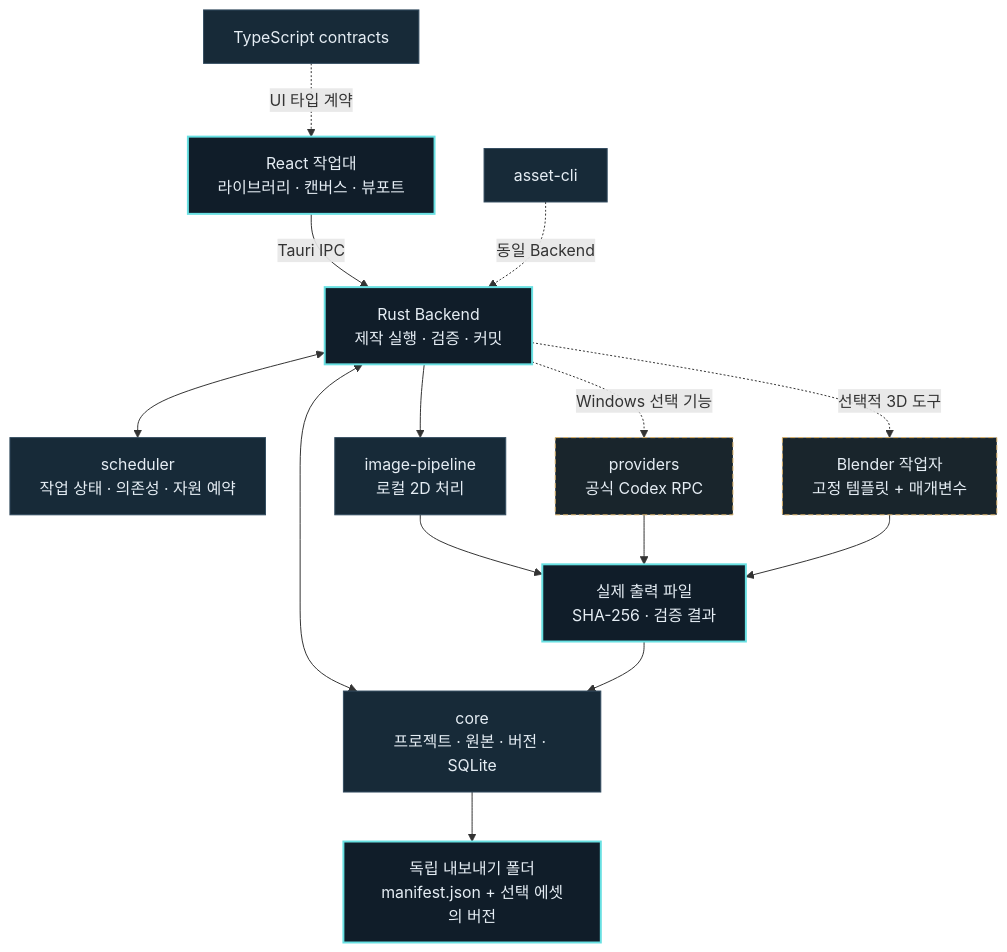
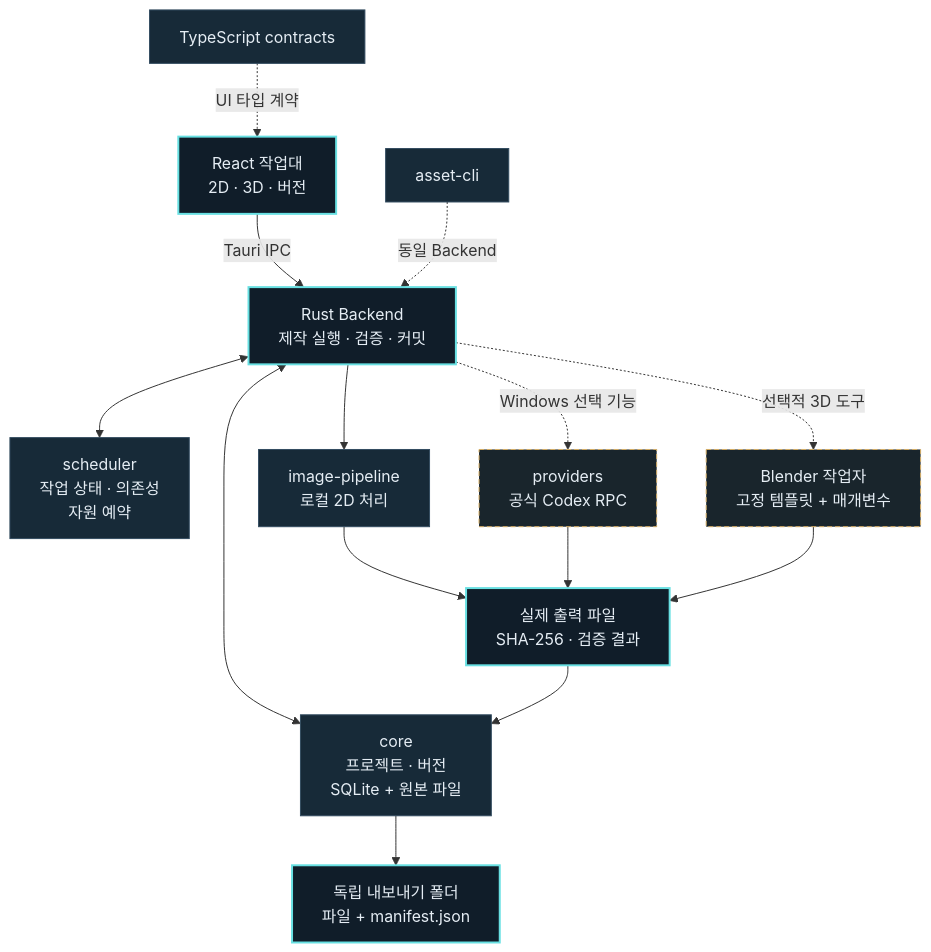
One commit to oocheol/masset changed the diagram in README.md. Above: the diagram before and after it, drawn with Mermaid.

Commit message:
Keep README architecture labels readable

````diff
--- a/README.md
+++ b/README.md
@@ -97,22 +97,22 @@
 ```mermaid
 flowchart TD
-  UI["React 작업대<br/>라이브러리 · 캔버스 · 뷰포트"] -->|"Tauri IPC"| B["Rust Backend<br/>제작 실행 · 검증 · 커밋"]
+  UI["React 작업대<br/>2D · 3D · 버전"] -->|"Tauri IPC"| B["Rust Backend<br/>제작 실행 · 검증 · 커밋"]
   C["TypeScript contracts"] -. "UI 타입 계약" .-> UI
   CLI["asset-cli"] -. "동일 Backend" .-> B
-  B <--> Q["scheduler<br/>작업 상태 · 의존성 · 자원 예약"]
-  B <--> P["core<br/>프로젝트 · 원본 · 버전 · SQLite"]
+  B <--> Q["scheduler<br/>작업 상태 · 의존성<br/>자원 예약"]
+  B <--> P["core<br/>프로젝트 · 버전<br/>SQLite + 원본 파일"]
   B --> I["image-pipeline<br/>로컬 2D 처리"]
   B -. "Windows 선택 기능" .-> R["providers<br/>공식 Codex RPC"]
   B -. "선택적 3D 도구" .-> W["Blender 작업자<br/>고정 템플릿 + 매개변수"]
   I --> F["실제 출력 파일<br/>SHA-256 · 검증 결과"]
   R --> F
   W --> F
   F --> P
-  P --> E["독립 내보내기 폴더<br/>manifest.json + 선택 에셋의 버전"]
+  P --> E["독립 내보내기 폴더<br/>파일 + manifest.json"]
   classDef accent fill:#101d29,stroke:#68e0e2,color:#e5edf4,stroke-width:2px;
   classDef module fill:#172a38,stroke:#334c60,color:#e5edf4;
   classDef optional fill:#19252c,stroke:#d8af64,color:#e5edf4,stroke-dasharray:5 3;
   class UI,B,F,E accent;
   class C,CLI,Q,P,I module;
   class R,W optional;
 ```
````
